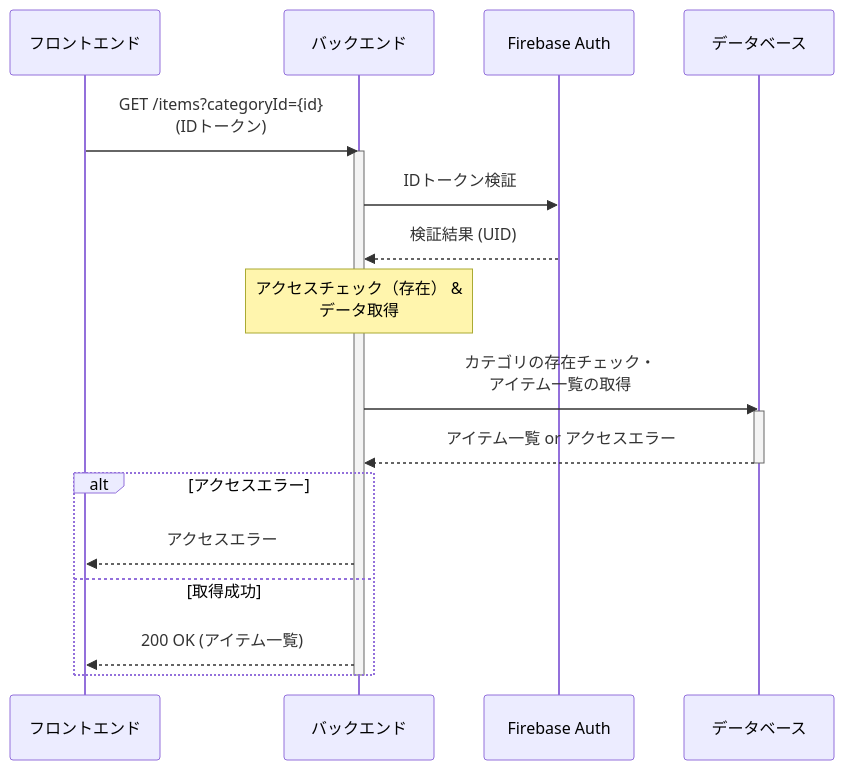
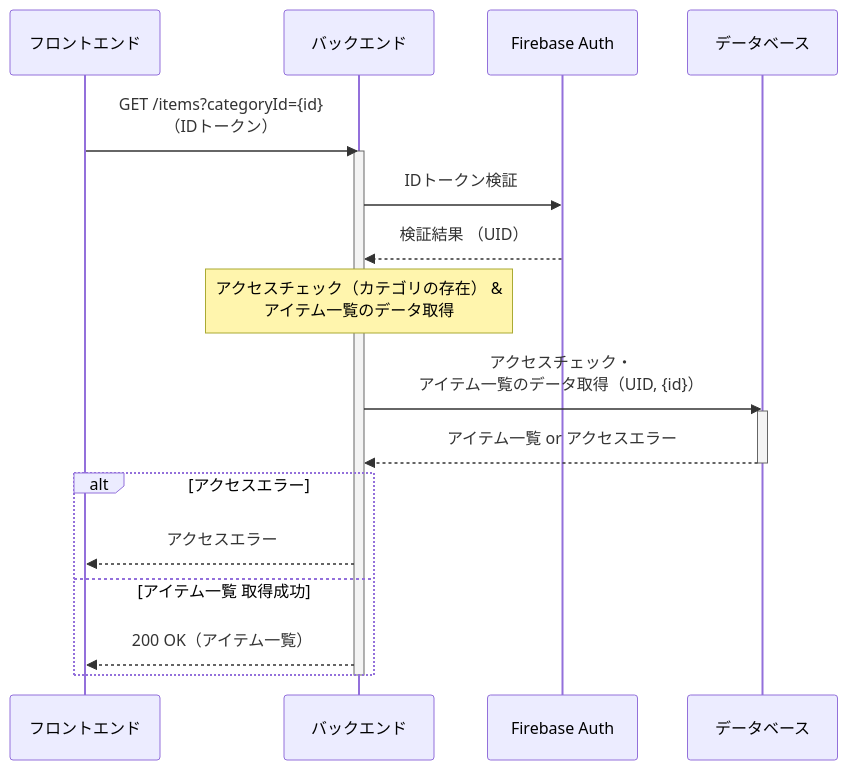
One commit to miki-hayashi-71/inventory-api changed the sixth of 9 diagrams in doc/seaquence.md. Above: the diagram before and after it, drawn with Mermaid. The commit also changed other lines of this file, not shown here.

Commit message:
docs: Revise sequence diagram to clarify subjects and improve layout

````diff
--- a/doc/seaquence.md
+++ b/doc/seaquence.md
@@ -175,26 +171,26 @@
 ```mermaid
 sequenceDiagram
     participant フロントエンド
     participant バックエンド
     participant Firebase Auth
     participant データベース
 
-    フロントエンド->>バックエンド: GET /items?categoryId={id} <br> (IDトークン)
+    フロントエンド->>バックエンド: GET /items?categoryId={id} <br> （IDトークン）
     activate バックエンド
     バックエンド->>Firebase Auth: IDトークン検証
-    Firebase Auth-->>バックエンド: 検証結果 (UID)
+    Firebase Auth-->>バックエンド: 検証結果 （UID）
 
-    note over バックエンド: アクセスチェック（存在） & <br> データ取得
-    バックエンド->>データベース: カテゴリの存在チェック・<br>アイテム一覧の取得
+    note over バックエンド: アクセスチェック（カテゴリの存在） & <br> アイテム一覧のデータ取得
+    バックエンド->>データベース: アクセスチェック・<br>アイテム一覧のデータ取得（UID, {id}）
     activate データベース
     データベース-->>バックエンド: アイテム一覧 or アクセスエラー
     deactivate データベース
 
     alt アクセスエラー
         バックエンド-->>フロントエンド: アクセスエラー
-    else 取得成功
-        バックエンド-->>フロントエンド: 200 OK (アイテム一覧)
+    else アイテム一覧 取得成功
+        バックエンド-->>フロントエンド: 200 OK（アイテム一覧）
     end
     deactivate バックエンド
 
 ```
````
